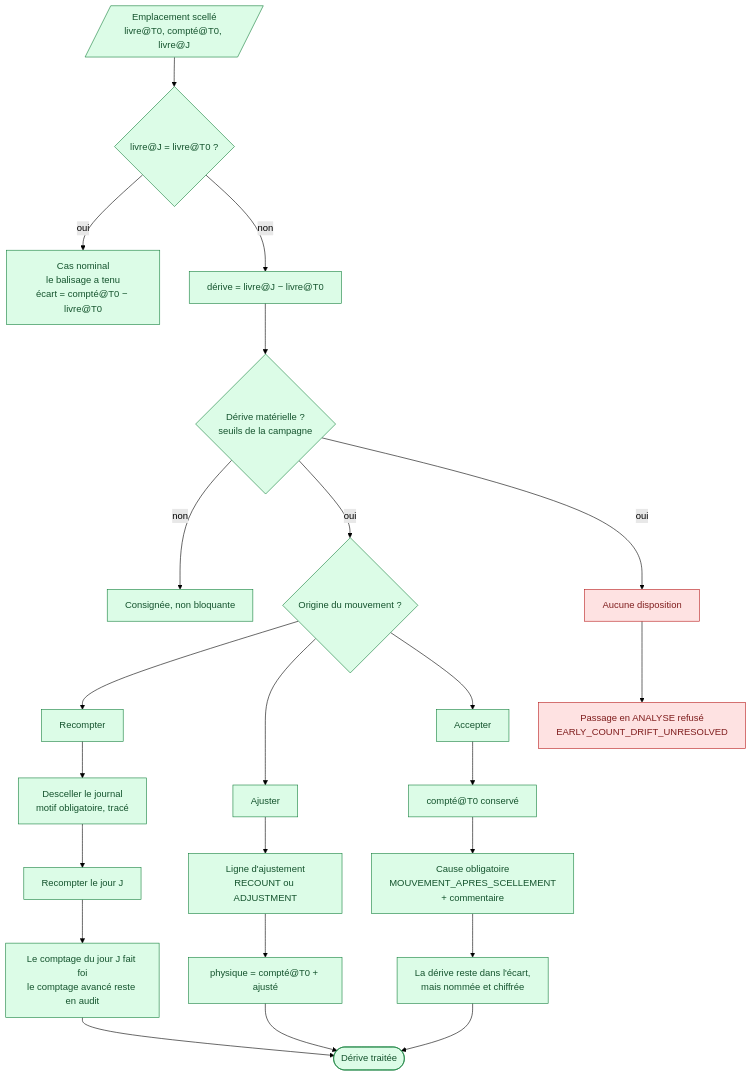
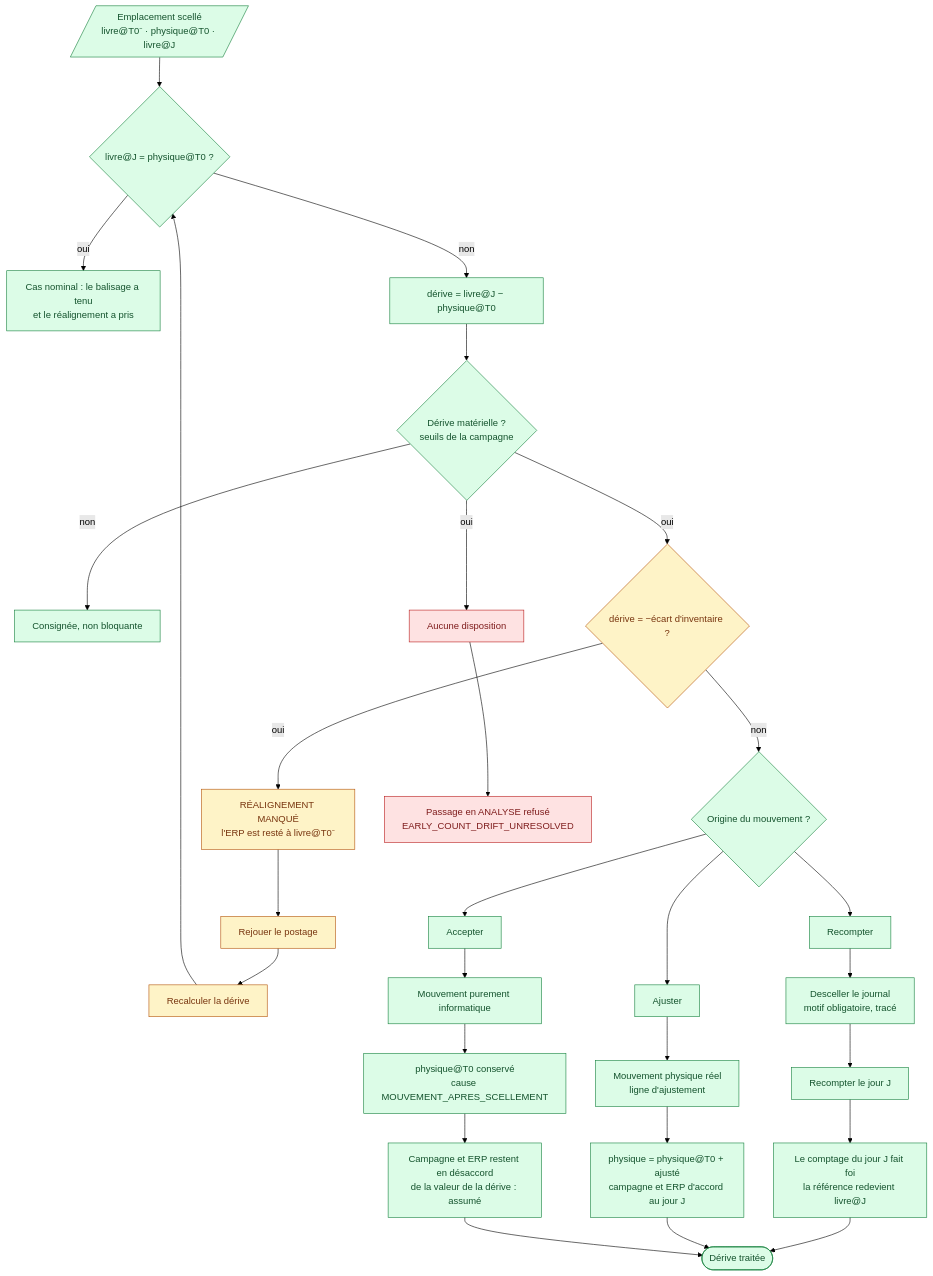
Before and after one commit to yns11/DEV-INV-G: the fifth of 8 diagrams in docs/08-algorigrammes.md, drawn with Mermaid (forest theme). The commit also changed other lines of this file and 1 other file, not shown here.

````diff
--- a/docs/08-algorigrammes.md
+++ b/docs/08-algorigrammes.md
@@ -166,37 +247,46 @@
 ```mermaid
 flowchart TD
-    A[/"Emplacement scellé<br/>livre@T0, compté@T0, livre@J"/] --> B{"livre@J = livre@T0 ?"}
-    B -->|oui| OK["Cas nominal<br/>le balisage a tenu<br/>écart = compté@T0 − livre@T0"]
-    B -->|non| C["dérive = livre@J − livre@T0"]
+    A[/"Emplacement scellé<br/>livre@T0⁻ · physique@T0 · livre@J"/] --> B{"livre@J = physique@T0 ?"}
+    B -->|oui| OK["Cas nominal : le balisage a tenu<br/>et le réalignement a pris"]
+    B -->|non| C["dérive = livre@J − physique@T0"]
 
-    C --> D{Dérive matérielle ?<br/>seuils de la campagne}
+    C --> D{"Dérive matérielle ?<br/>seuils de la campagne"}
     D -->|non| OK2[Consignée, non bloquante]
-    D -->|oui| E{Origine du mouvement ?}
+
+    D -->|oui| SIG{"dérive = −écart d'inventaire ?"}
+    SIG -->|oui| R0["RÉALIGNEMENT MANQUÉ<br/>l'ERP est resté à livre@T0⁻"]
+    R0 --> R1[Rejouer le postage]
+    R1 --> R2[Recalculer la dérive]
+    R2 --> B
+
+    SIG -->|non| E{"Origine du mouvement ?"}
 
     E --> F[Recompter]
     E --> G[Ajuster]
     E --> H[Accepter]
 
     F --> F1[Desceller le journal<br/>motif obligatoire, tracé]
     F1 --> F2[Recompter le jour J]
-    F2 --> F3[Le comptage du jour J fait foi<br/>le comptage avancé reste en audit]
+    F2 --> F3["Le comptage du jour J fait foi<br/>la référence redevient livre@J"]
 
-    G --> G1[Ligne d'ajustement<br/>RECOUNT ou ADJUSTMENT]
-    G1 --> G2["physique = compté@T0 + ajusté"]
+    G --> G1[Mouvement physique réel<br/>ligne d'ajustement]
+    G1 --> G2["physique = physique@T0 + ajusté<br/>campagne et ERP d'accord au jour J"]
 
-    H --> H1["compté@T0 conservé"]
-    H1 --> H2[Cause obligatoire<br/>MOUVEMENT_APRES_SCELLEMENT<br/>+ commentaire]
-    H2 --> H3[La dérive reste dans l'écart,<br/>mais nommée et chiffrée]
+    H --> H1[Mouvement purement informatique]
+    H1 --> H2["physique@T0 conservé<br/>cause MOUVEMENT_APRES_SCELLEMENT"]
+    H2 --> H3["Campagne et ERP restent en désaccord<br/>de la valeur de la dérive : assumé"]
 
     F3 --> Z([Dérive traitée])
     G2 --> Z
     H3 --> Z
 
-    NO[Aucune disposition] --> BLOC[Passage en ANALYSE refusé<br/>EARLY_COUNT_DRIFT_UNRESOLVED]
-    D -->|oui| NO
+    D -->|oui| NO[Aucune disposition]
+    NO --> BLOC[Passage en ANALYSE refusé<br/>EARLY_COUNT_DRIFT_UNRESOLVED]
 
     classDef nouveau fill:#dcfce7,stroke:#15803d,color:#14532d
     classDef bloc fill:#fee2e2,stroke:#b91c1c,color:#7f1d1d
+    classDef sig fill:#fef3c7,stroke:#b45309,color:#78350f
     class A,B,C,D,E,F,G,H,F1,F2,F3,G1,G2,H1,H2,H3,OK,OK2,Z nouveau
+    class SIG,R0,R1,R2 sig
     class NO,BLOC bloc
 ```
````
